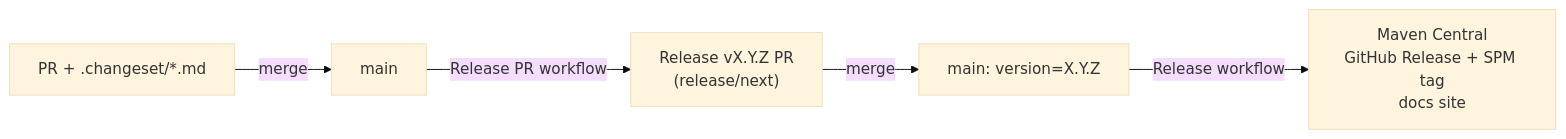
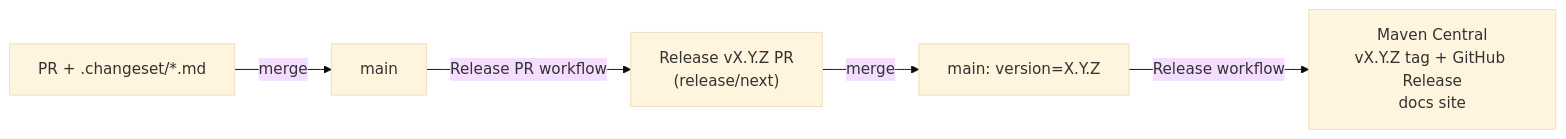
The diagram in .github/PUBLISHING.md (happycodelucky/kotlinresult-kmp), drawn with Mermaid (base theme) before and after one commit. The commit also changed other lines of this file and 39 other files, not shown here.

````diff
--- a/.github/PUBLISHING.md
+++ b/.github/PUBLISHING.md
@@ -27,7 +32,7 @@
 ```mermaid
 flowchart LR
     PR["PR + .changeset/*.md"] -->|merge| main
     main -->|Release PR workflow| RPR["Release vX.Y.Z PR<br/>(release/next)"]
     RPR -->|merge| main2["main: version=X.Y.Z"]
-    main2 -->|Release workflow| out["Maven Central<br/>GitHub Release + SPM tag<br/>docs site"]
+    main2 -->|Release workflow| out["Maven Central<br/>vX.Y.Z tag + GitHub Release<br/>docs site"]
 ```
````
